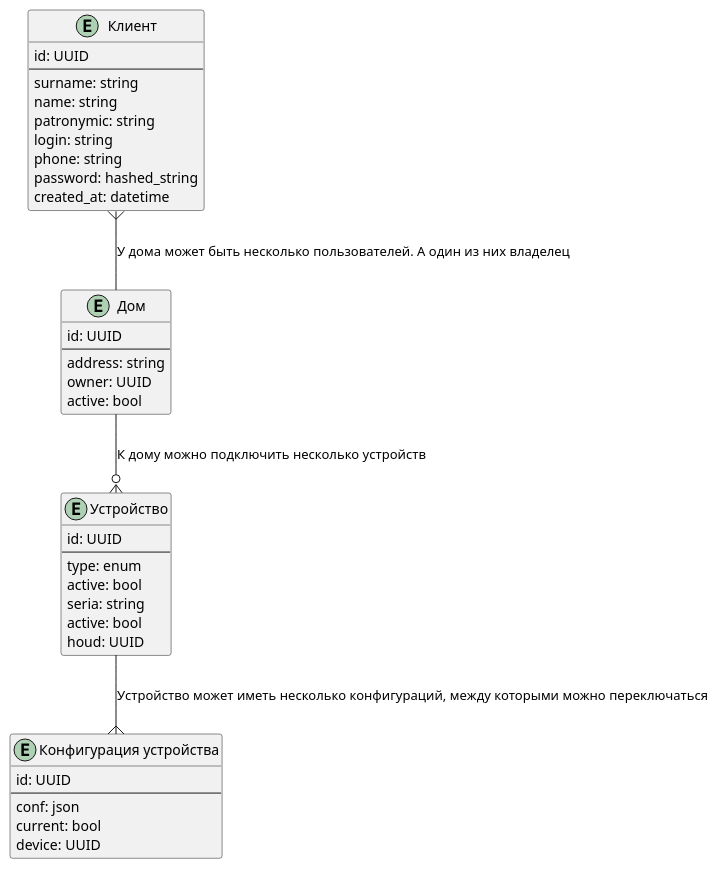
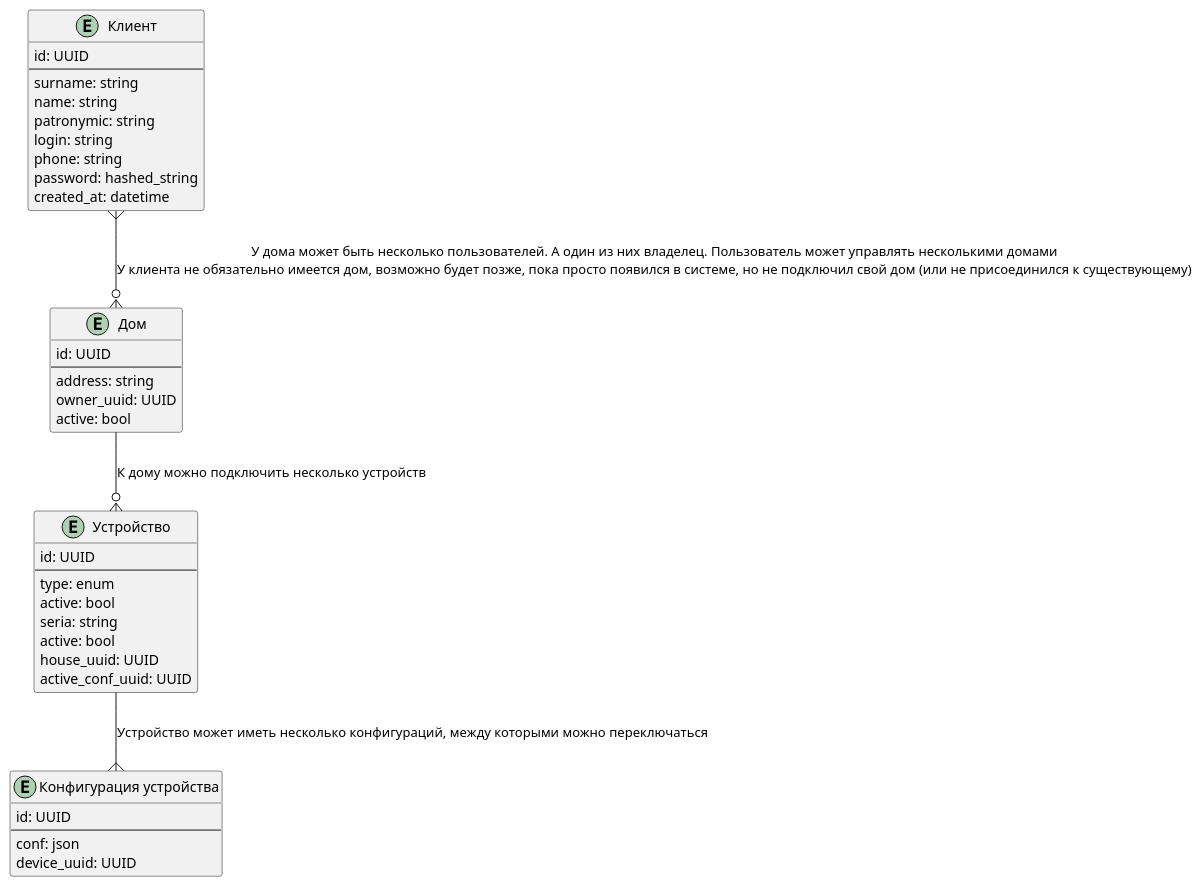
One commit to DevChernykh/architecture-sprint-3 changed the diagram in EDR.puml. Above: the diagram before and after it, drawn with PlantUML. The commit also changed 1 other file, not shown here.

```diff
--- a/EDR.puml
+++ b/EDR.puml
@@ -1,45 +1,45 @@
 @startuml Тёплый дом
 
 entity "Клиент" as Client {
   id: UUID
   --
   surname: string
   name: string
   patronymic: string
   login: string
   phone: string
   password: hashed_string
   created_at: datetime
 }
 
 entity "Дом" as House {
   id: UUID
   --
   address: string
-  owner: UUID
+  owner_uuid: UUID
   active: bool
 }
 
 entity "Устройство" as Device {
   id: UUID
   --
   type: enum
   active: bool
   seria: string
   active: bool
-  houd: UUID
+  house_uuid: UUID
+  active_conf_uuid: UUID
 }
 
 entity "Конфигурация устройства" as DeviceConfig {
   id: UUID
   --
   conf: json
-  current: bool
-  device: UUID
+  device_uuid: UUID
 }
 
-Client }-- House : "У дома может быть несколько пользователей. А один из них владелец"
+Client }--o{ House : "У дома может быть несколько пользователей. А один из них владелец. Пользователь может управлять несколькими домами\nУ клиента не обязательно имеется дом, возможно будет позже, пока просто появился в системе, но не подключил свой дом (или не присоединился к существующему)"
 House --o{ Device : "К дому можно подключить несколько устройств"
 Device --{ DeviceConfig : "Устройство может иметь несколько конфигураций, между которыми можно переключаться"
 
 @enduml
```
